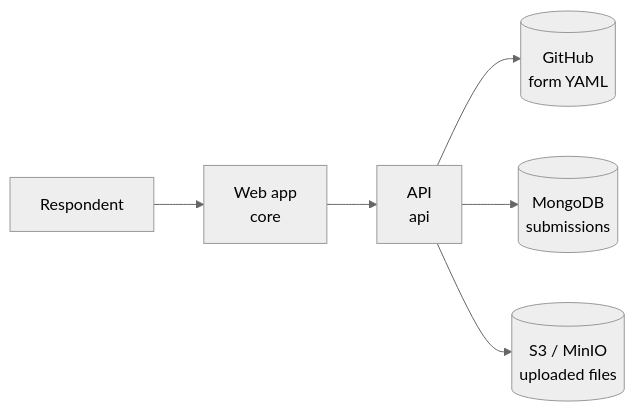
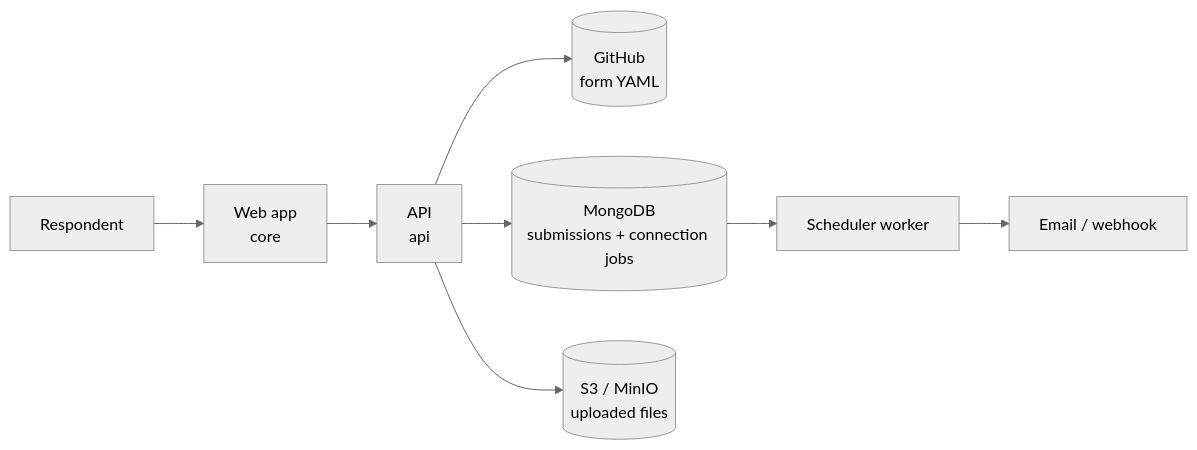
One commit to declarativeforms/core changed the diagram in README.md. Above: the diagram before and after it, drawn with Mermaid (neutral theme). The commit also changed other lines of this file and 17 other files, not shown here.

````diff
--- a/README.md
+++ b/README.md
@@ -307,8 +309,10 @@
 ```mermaid
 flowchart LR
   A[Respondent] --> B[Web app<br/>core]
   B --> C[API<br/>api]
   C --> D[(GitHub<br/>form YAML)]
-  C --> E[(MongoDB<br/>submissions)]
+  C --> E[(MongoDB<br/>submissions + connection jobs)]
   C --> F[(S3 / MinIO<br/>uploaded files)]
+  E --> G[Scheduler worker]
+  G --> H[Email / webhook]
 ```
````
